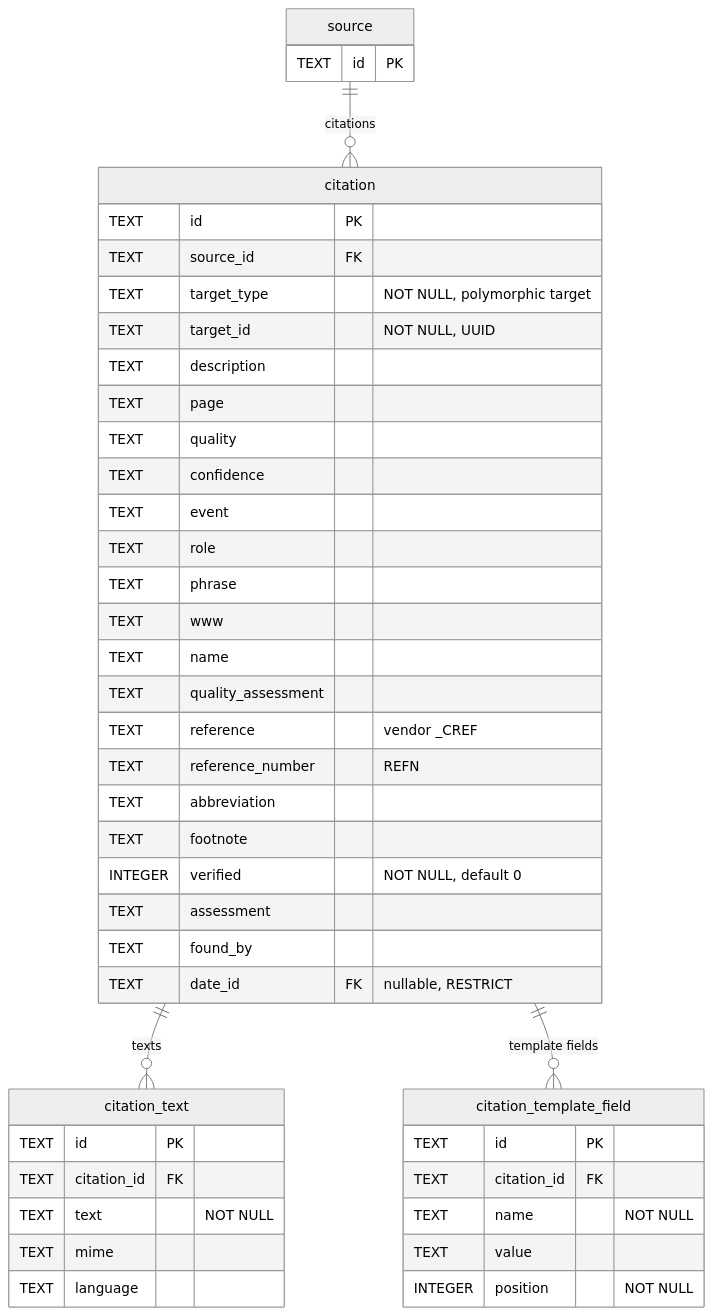
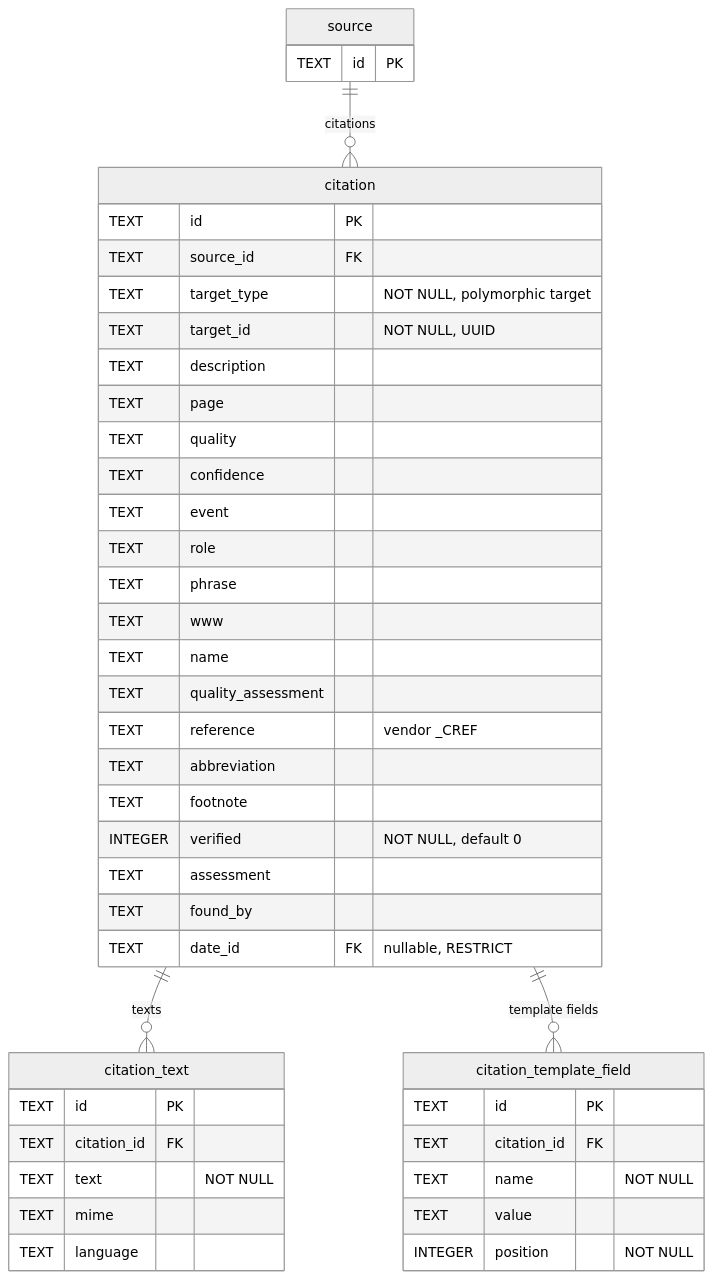
One commit to borisovodov/doru changed the eighth of 12 diagrams in docs/db-schema.md. Above: the diagram before and after it, drawn with Mermaid (neutral theme). The commit also changed other lines of this file and 32 other files, not shown here.

````diff
--- a/docs/db-schema.md
+++ b/docs/db-schema.md
@@ -631,51 +630,50 @@
 ```mermaid
 erDiagram
     source ||--o{ citation : "citations"
     citation ||--o{ citation_text : "texts"
     citation ||--o{ citation_template_field : "template fields"
 
     citation {
         TEXT id PK
         TEXT source_id FK
         TEXT target_type "NOT NULL, polymorphic target"
         TEXT target_id "NOT NULL, UUID"
         TEXT description
         TEXT page
         TEXT quality
         TEXT confidence
         TEXT event
         TEXT role
         TEXT phrase
         TEXT www
         TEXT name
         TEXT quality_assessment
         TEXT reference "vendor _CREF"
-        TEXT reference_number "REFN"
         TEXT abbreviation
         TEXT footnote
         INTEGER verified "NOT NULL, default 0"
         TEXT assessment
         TEXT found_by
         TEXT date_id FK "nullable, RESTRICT"
     }
 
     citation_text {
         TEXT id PK
         TEXT citation_id FK
         TEXT text "NOT NULL"
         TEXT mime
         TEXT language
     }
 
     citation_template_field {
         TEXT id PK
         TEXT citation_id FK
         TEXT name "NOT NULL"
         TEXT value
         INTEGER position "NOT NULL"
     }
 
     source {
         TEXT id PK
     }
 ```
````
